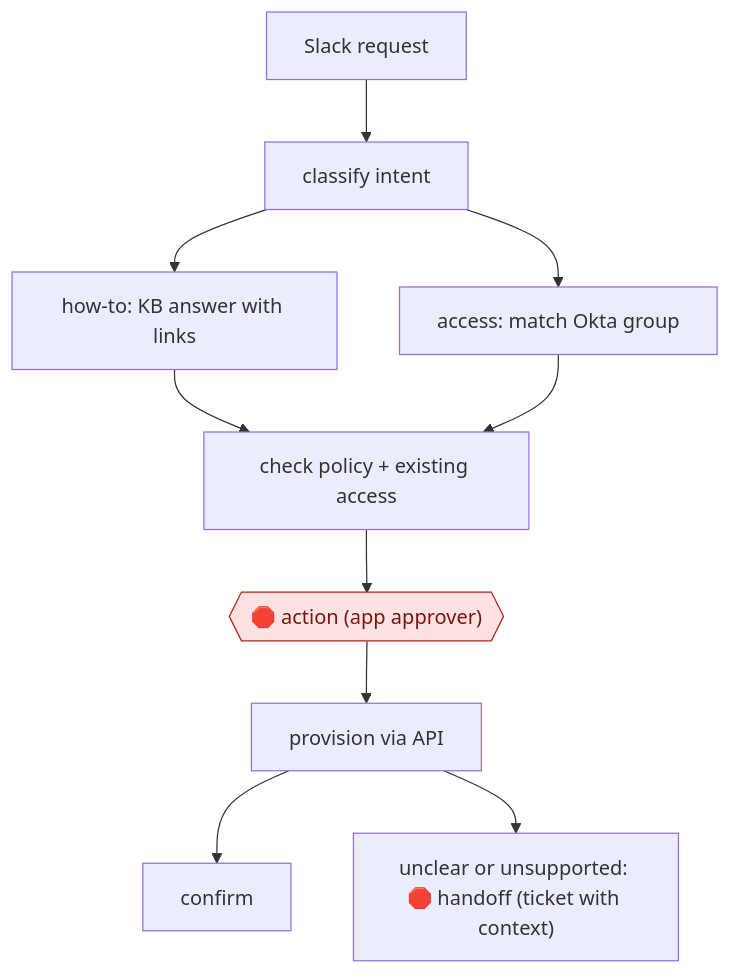
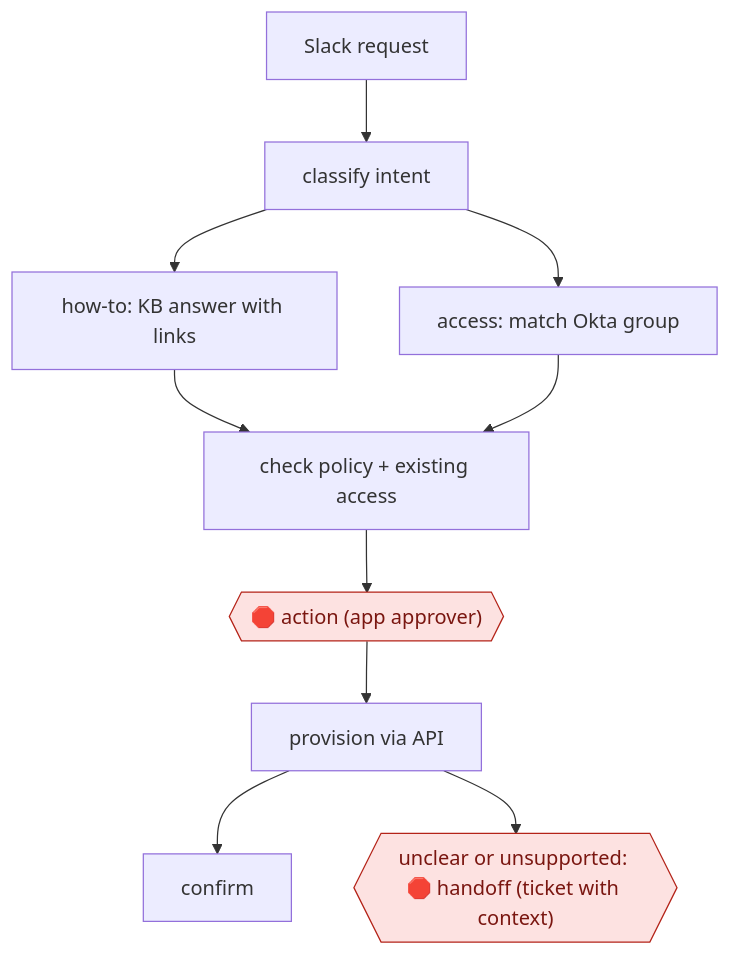
Before and after one commit to milesradford99/agent-workflow-atlas: the diagram in workflows/TEC/ITS/HELPDESK/slack-it-request-agent/README.md, drawn with Mermaid. The commit also changed 171 other files, not shown here.

````diff
--- a/workflows/TEC/ITS/HELPDESK/slack-it-request-agent/README.md
+++ b/workflows/TEC/ITS/HELPDESK/slack-it-request-agent/README.md
@@ -31,22 +31,22 @@
 ```mermaid
 flowchart TD
   n1["Slack request"]
   n2["classify intent"]
+  n3["how-to: KB answer with links"]
+  n4["access: match Okta group"]
+  n5["check policy + existing access"]
+  n6{{"🛑 action (app approver)"}}:::stop
+  n7["provision via API"]
+  n8["confirm"]
+  n9{{"unclear or unsupported: 🛑 handoff (ticket with context)"}}:::stop
   n1 --> n2
-  n3["how-to: KB answer with links"]
   n2 --> n3
-  n4["access: match Okta group"]
   n2 --> n4
-  n5["check policy + existing access"]
   n3 --> n5
   n4 --> n5
-  n6{{"🛑 action (app approver)"}}:::stop
   n5 --> n6
-  n7["provision via API"]
   n6 --> n7
-  n8["confirm"]
   n7 --> n8
-  n9["unclear or unsupported: 🛑 handoff (ticket with context)"]
   n7 --> n9
   classDef stop fill:#fde2e1,stroke:#b42318,color:#7a1610
 ```
````
